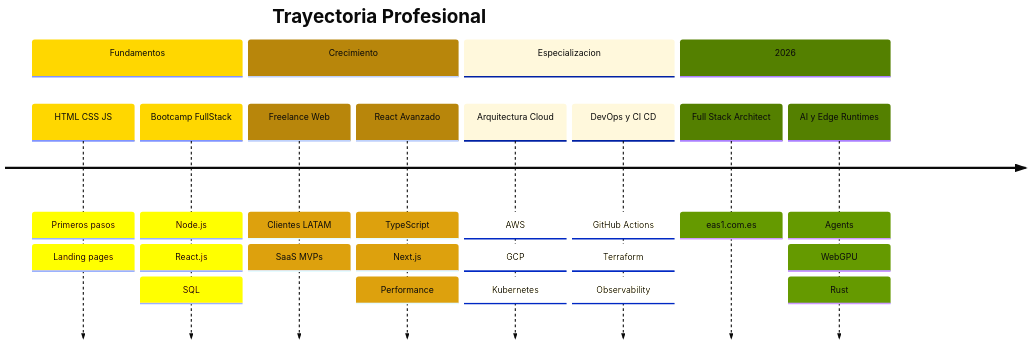
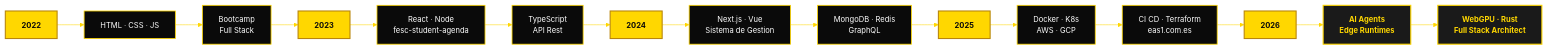
The first of 2 diagrams in README.md (DavidCreat/DavidCreat), drawn with Mermaid before and after one commit. The commit also changed other lines of this file and 7 other files, not shown here.

````diff
--- a/README.md
+++ b/README.md
@@ -279,17 +322,26 @@
 ```mermaid
-%%{ init: { 'theme':'base', 'themeVariables': { 'primaryColor':'#FFD700','primaryTextColor':'#0a0a0a','primaryBorderColor':'#B8860B','lineColor':'#FFD700','secondaryColor':'#1a1a1a','tertiaryColor':'#0a0a0a','background':'transparent','mainBkg':'#FFD700','secondBkg':'#1a1a1a','cScale0':'#FFD700','cScale1':'#B8860B','cScale2':'#FFF8DC' } } }%%
-timeline
-    title Trayectoria Profesional
-    section Fundamentos
-        HTML CSS JS         : Primeros pasos : Landing pages
-        Bootcamp FullStack  : Node.js        : React.js      : SQL
-    section Crecimiento
-        Freelance Web       : Clientes LATAM : SaaS MVPs
-        React Avanzado      : TypeScript     : Next.js       : Performance
-    section Especializacion
-        Arquitectura Cloud  : AWS            : GCP           : Kubernetes
-        DevOps y CI CD      : GitHub Actions : Terraform     : Observability
-    section 2026
-        Full Stack Architect : eas1.com.es
-        AI y Edge Runtimes   : Agents        : WebGPU        : Rust
+%%{ init: { 'theme':'base', 'themeVariables': { 'fontFamily':'ui-monospace, SF Mono, Consolas, monospace', 'fontSize':'14px', 'primaryColor':'#0a0a0a', 'primaryTextColor':'#FFFFFF', 'primaryBorderColor':'#FFD700', 'lineColor':'#FFD700', 'clusterBkg':'transparent', 'clusterBorder':'#FFD700', 'edgeLabelBackground':'#0a0a0a' } } }%%
+flowchart LR
+    classDef year       fill:#FFD700,color:#0a0a0a,stroke:#B8860B,stroke-width:2px,font-weight:bold
+    classDef milestone  fill:#0a0a0a,color:#FFFFFF,stroke:#FFD700,stroke-width:1.5px
+    classDef highlight  fill:#1a1a1a,color:#FFD700,stroke:#FFD700,stroke-width:2px,font-weight:bold
+
+    Y1["2022"]:::year --> M1["HTML · CSS · JS"]:::milestone
+    M1 --> M2["Bootcamp<br/>Full Stack"]:::milestone
+    M2 --> Y2
+
+    Y2["2023"]:::year --> M3["React · Node<br/>fesc-student-agenda"]:::milestone
+    M3 --> M4["TypeScript<br/>API Rest"]:::milestone
+    M4 --> Y3
+
+    Y3["2024"]:::year --> M5["Next.js · Vue<br/>Sistema de Gestion"]:::milestone
+    M5 --> M6["MongoDB · Redis<br/>GraphQL"]:::milestone
+    M6 --> Y4
+
+    Y4["2025"]:::year --> M7["Docker · K8s<br/>AWS · GCP"]:::milestone
+    M7 --> M8["CI CD · Terraform<br/>eas1.com.es"]:::milestone
+    M8 --> Y5
+
+    Y5["2026"]:::year --> M9["AI Agents<br/>Edge Runtimes"]:::highlight
+    M9 --> M10["WebGPU · Rust<br/>Full Stack Architect"]:::highlight
 ```
````
